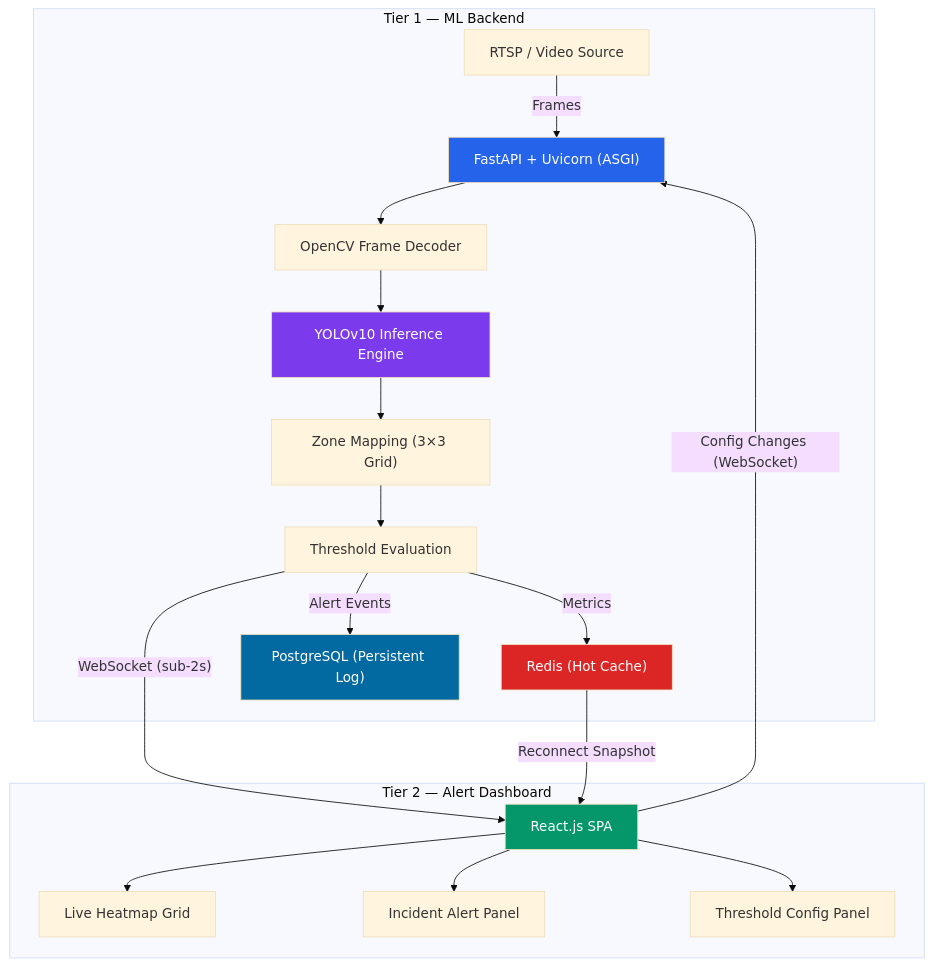
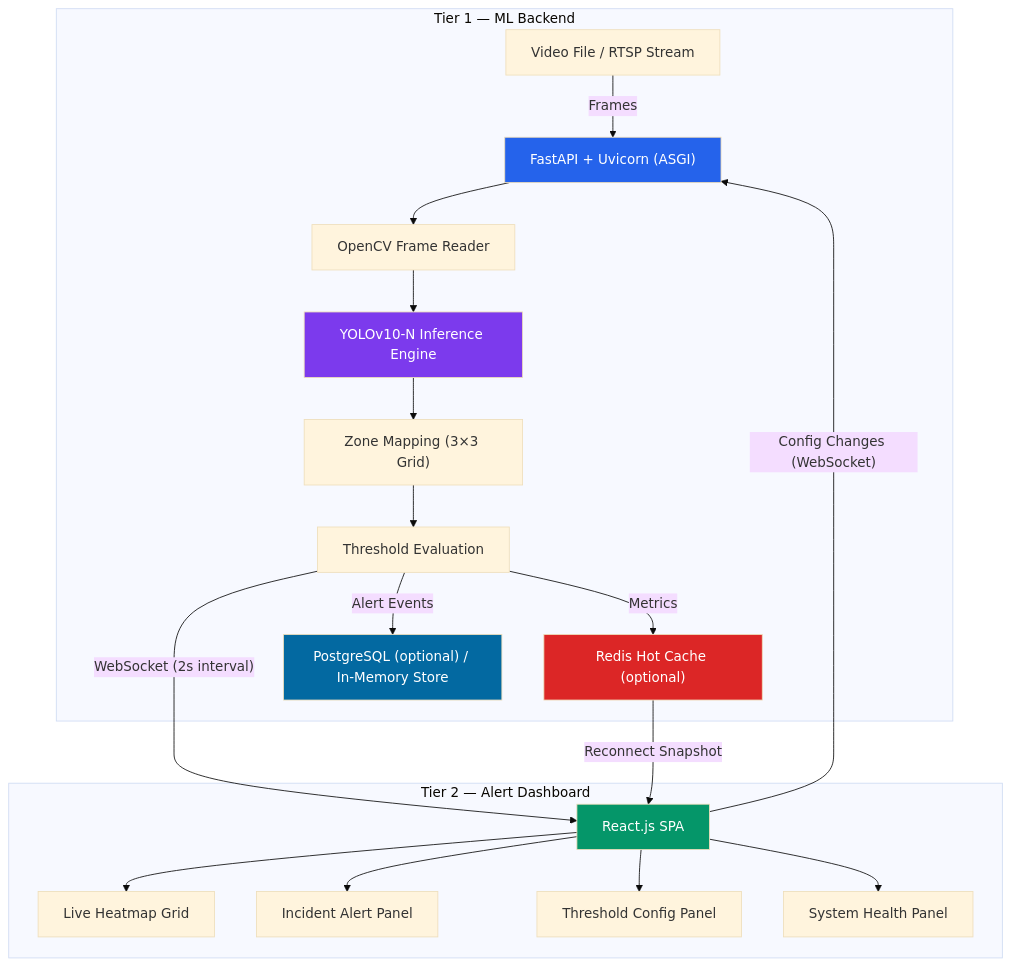
The first of 7 diagrams in SYSTEM_ARCHITECTURE.md (DarkSire7/ARGUS), drawn with Mermaid (base theme) before and after one commit. The commit also changed other lines of this file and 2 other files, not shown here.

First line of the commit message:
feat: admin interface live data + architecture doc v2.0

````diff
--- a/SYSTEM_ARCHITECTURE.md
+++ b/SYSTEM_ARCHITECTURE.md
@@ -32,32 +32,34 @@
 ```mermaid
 graph TB
     subgraph "Tier 1 — ML Backend"
-        A["RTSP / Video Source"] -->|Frames| B["FastAPI + Uvicorn (ASGI)"]
-        B --> C["OpenCV Frame Decoder"]
-        C --> D["YOLOv10 Inference Engine"]
+        A["Video File / RTSP Stream"] -->|Frames| B["FastAPI + Uvicorn (ASGI)"]
+        B --> C["OpenCV Frame Reader"]
+        C --> D["YOLOv10-N Inference Engine"]
         D --> E["Zone Mapping (3×3 Grid)"]
         E --> F["Threshold Evaluation"]
-        F -->|Metrics| G["Redis (Hot Cache)"]
-        F -->|Alert Events| H["PostgreSQL (Persistent Log)"]
+        F -->|Metrics| G["Redis Hot Cache (optional)"]
+        F -->|Alert Events| H["PostgreSQL (optional) / In-Memory Store"]
     end
 
     subgraph "Tier 2 — Alert Dashboard"
         I["React.js SPA"]
         J["Live Heatmap Grid"]
         K["Incident Alert Panel"]
         L["Threshold Config Panel"]
+        M["System Health Panel"]
     end
 
-    F -->|"WebSocket (sub-2s)"| I
+    F -->|"WebSocket (2s interval)"| I
     I --> J
     I --> K
     I -->|"Config Changes (WebSocket)"| B
     I --> L
+    I --> M
     G -->|"Reconnect Snapshot"| I
 
     style B fill:#2563eb,color:#fff
     style D fill:#7c3aed,color:#fff
     style I fill:#059669,color:#fff
     style G fill:#dc2626,color:#fff
     style H fill:#0369a1,color:#fff
 ```
````
